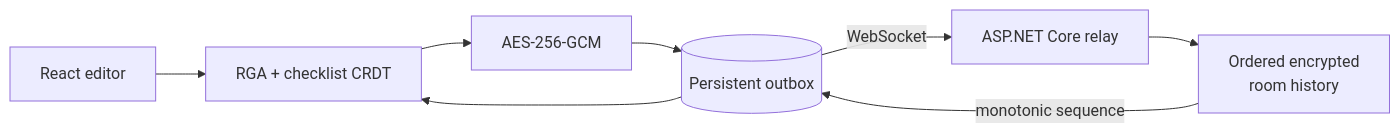
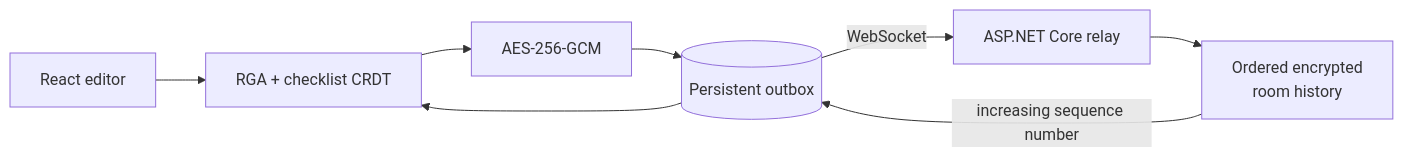
One commit to EesherJ39/SyncLab changed the diagram in README.md. Above: the diagram before and after it, drawn with Mermaid. The commit also changed other lines of this file, not shown here.

````diff
--- a/README.md
+++ b/README.md
@@ -32,10 +40,10 @@
 ```mermaid
 flowchart LR
     E[React editor] --> C[RGA + checklist CRDT]
     C --> X[AES-256-GCM]
     X --> O[(Persistent outbox)]
     O -->|WebSocket| R[ASP.NET Core relay]
     R --> H[Ordered encrypted<br/>room history]
-    H -->|monotonic sequence| O
+    H -->|increasing sequence number| O
     O --> C
 ```
````
